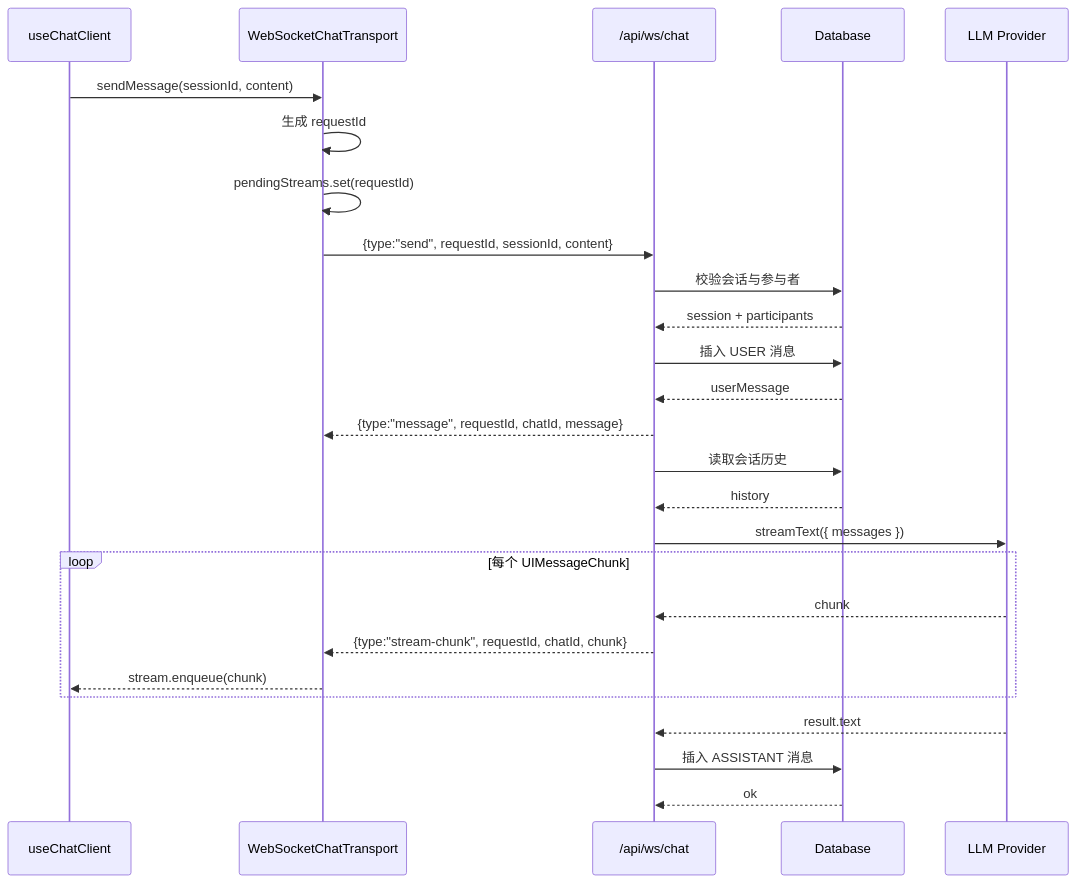
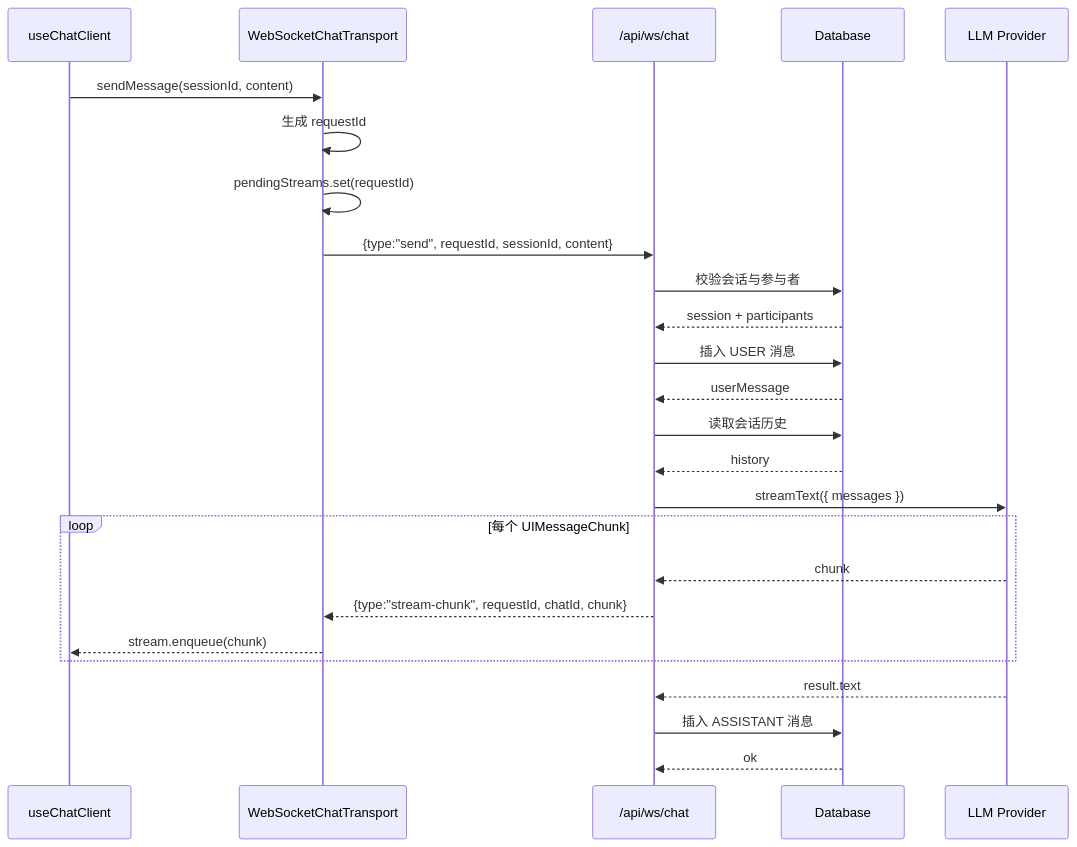
One commit to joseplin0/clawme changed the second of 4 diagrams in docs/WEBSOCKET_CHAT_CURRENT_DESIGN.md. Above: the diagram before and after it, drawn with Mermaid. The commit also changed other lines of this file and 14 other files, not shown here.

First line of the commit message:
feat(chat): enhance chat functionality with unified assistant message handling

````diff
--- a/docs/WEBSOCKET_CHAT_CURRENT_DESIGN.md
+++ b/docs/WEBSOCKET_CHAT_CURRENT_DESIGN.md
@@ -133,33 +160,32 @@
 ```mermaid
 sequenceDiagram
     participant UI as useChatClient
     participant T as WebSocketChatTransport
     participant WS as /api/ws/chat
     participant DB as Database
     participant LLM as LLM Provider
 
     UI->>T: sendMessage(sessionId, content)
     T->>T: 生成 requestId
     T->>T: pendingStreams.set(requestId)
     T->>WS: {type:"send", requestId, sessionId, content}
 
     WS->>DB: 校验会话与参与者
     DB-->>WS: session + participants
     WS->>DB: 插入 USER 消息
     DB-->>WS: userMessage
-    WS-->>T: {type:"message", requestId, chatId, message}
 
     WS->>DB: 读取会话历史
     DB-->>WS: history
     WS->>LLM: streamText({ messages })
 
     loop 每个 UIMessageChunk
         LLM-->>WS: chunk
         WS-->>T: {type:"stream-chunk", requestId, chatId, chunk}
         T-->>UI: stream.enqueue(chunk)
     end
 
     LLM-->>WS: result.text
     WS->>DB: 插入 ASSISTANT 消息
     DB-->>WS: ok
 ```
````
